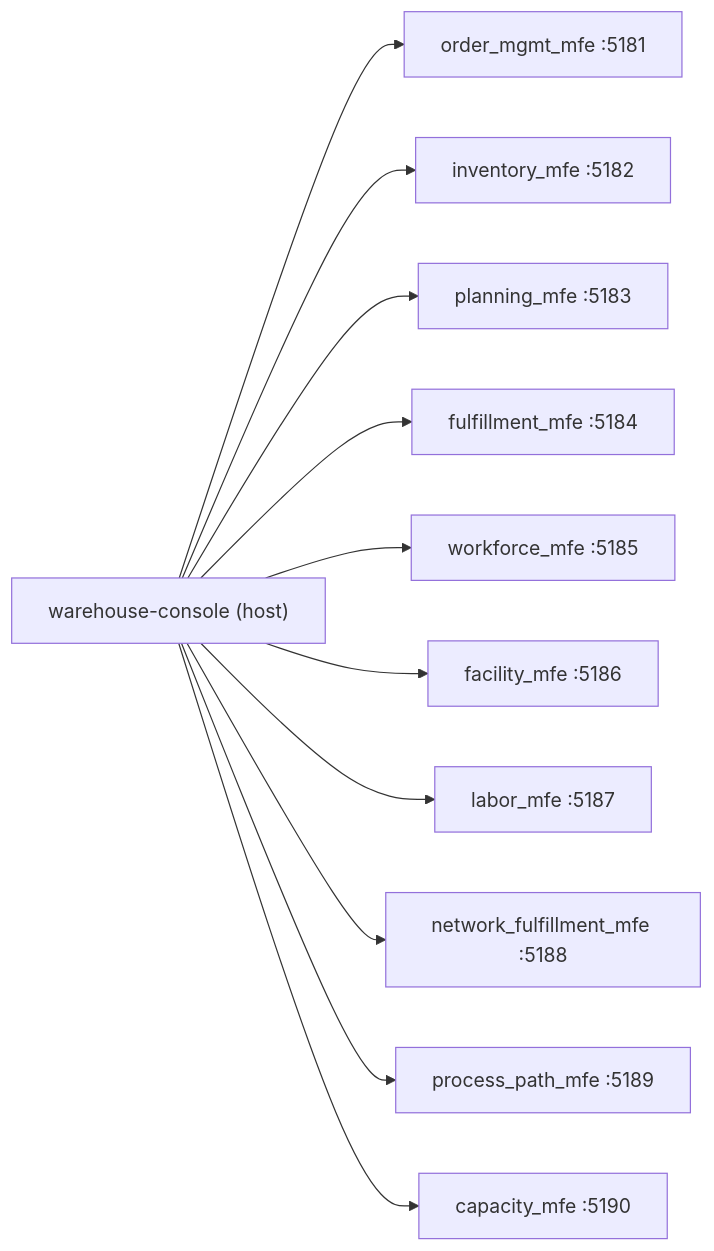
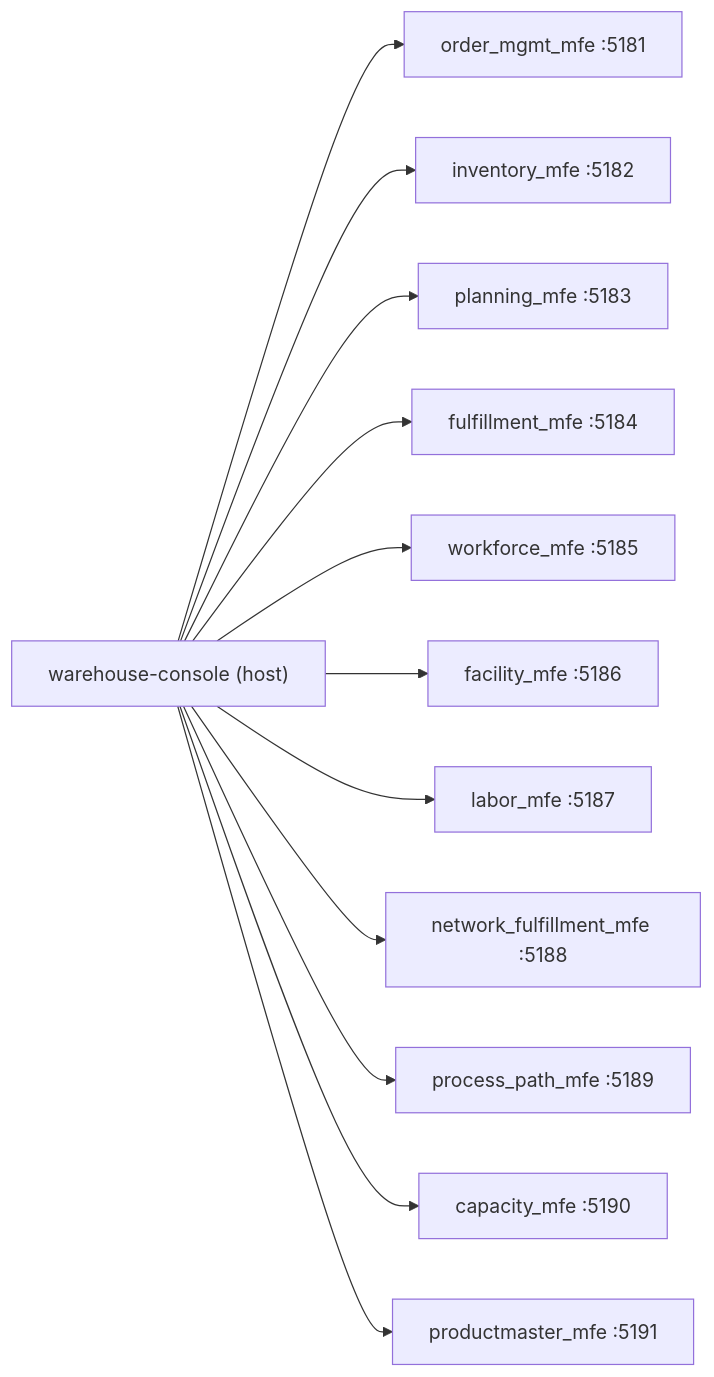
The diagram in docs/docs/architecture/module-federation.md (IQVO/warehouse-console), drawn with Mermaid before and after one commit. The commit also changed other lines of this file and 5 other files, not shown here.

First line of the commit message:
docs: document productmaster_mfe (port 5191, /mfes/product-master/, /product-master/*)

````diff
--- a/docs/docs/architecture/module-federation.md
+++ b/docs/docs/architecture/module-federation.md
@@ -14,25 +14,27 @@
 ```mermaid
 graph LR
   Console["warehouse-console (host)"]
   Orders["order_mgmt_mfe :5181"]
   Inventory["inventory_mfe :5182"]
   Planning["planning_mfe :5183"]
   Fulfillment["fulfillment_mfe :5184"]
   Workforce["workforce_mfe :5185"]
   Facility["facility_mfe :5186"]
   Labor["labor_mfe :5187"]
   NetFulfil["network_fulfillment_mfe :5188"]
   ProcessPath["process_path_mfe :5189"]
   Capacity["capacity_mfe :5190"]
+  ProductMaster["productmaster_mfe :5191"]
 
   Console --> Orders
   Console --> Inventory
   Console --> Planning
   Console --> Fulfillment
   Console --> Workforce
   Console --> Facility
   Console --> Labor
   Console --> NetFulfil
   Console --> ProcessPath
   Console --> Capacity
+  Console --> ProductMaster
 ```
````
